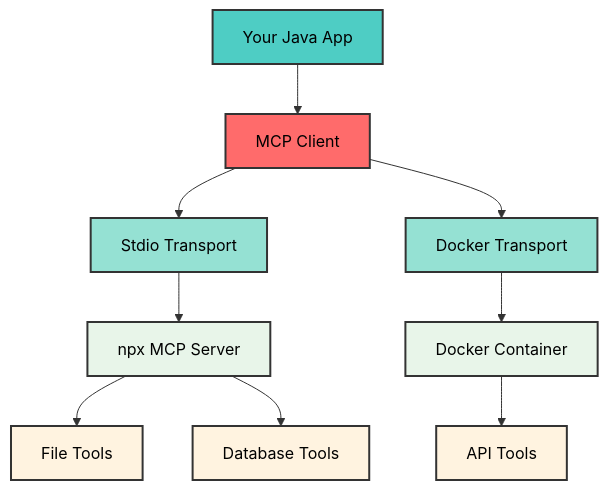
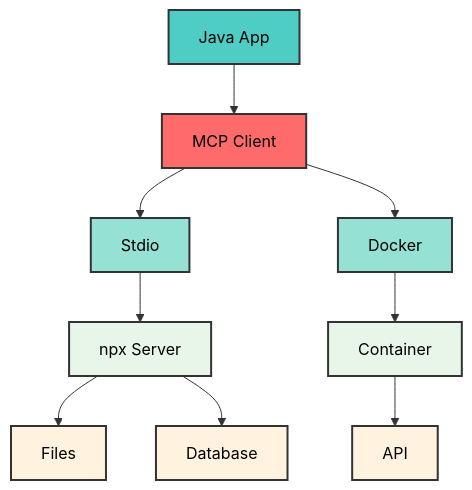
Before and after one commit to kousen/LangChain4j_Training_course: the second of 3 diagrams in slides/slides-comprehensive.md, drawn with Mermaid. The commit also changed other lines of this file and 4 other files, not shown here.

````diff
--- a/slides/slides-comprehensive.md
+++ b/slides/slides-comprehensive.md
@@ -919,23 +921,23 @@
 ```mermaid
 flowchart TB
-    App[Your Java App] --> MCP[MCP Client]
-    MCP --> Stdio[Stdio Transport]
-    MCP --> Docker[Docker Transport]
+    App[Java App] --> MCP[MCP Client]
+    MCP --> Stdio[Stdio]
+    MCP --> Docker[Docker]
 
-    Stdio --> NPX[npx MCP Server]
-    Docker --> Container[Docker Container]
+    Stdio --> NPX[npx Server]
+    Docker --> Container[Container]
 
-    NPX --> Tools1[File Tools]
-    NPX --> Tools2[Database Tools]
-    Container --> Tools3[API Tools]
+    NPX --> Tools1[Files]
+    NPX --> Tools2[Database]
+    Container --> Tools3[API]
 
     style App fill:#4ECDC4,stroke:#333,stroke-width:2px,color:#000
     style MCP fill:#FF6B6B,stroke:#333,stroke-width:2px,color:#000
     style Stdio fill:#95E1D3,stroke:#333,stroke-width:2px,color:#000
     style Docker fill:#95E1D3,stroke:#333,stroke-width:2px,color:#000
     style NPX fill:#E8F5E9,stroke:#333,stroke-width:2px,color:#000
     style Container fill:#E8F5E9,stroke:#333,stroke-width:2px,color:#000
     style Tools1 fill:#FFF3E0,stroke:#333,stroke-width:2px,color:#000
     style Tools2 fill:#FFF3E0,stroke:#333,stroke-width:2px,color:#000
     style Tools3 fill:#FFF3E0,stroke:#333,stroke-width:2px,color:#000
 ```
````
